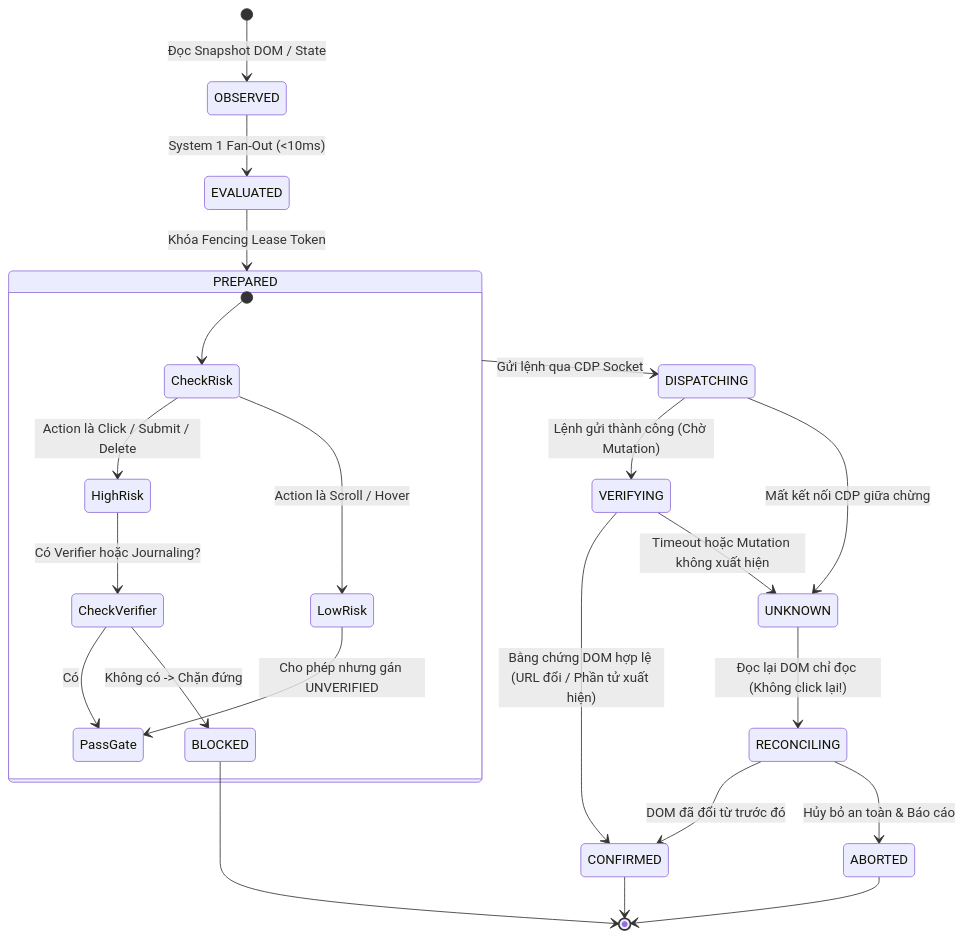
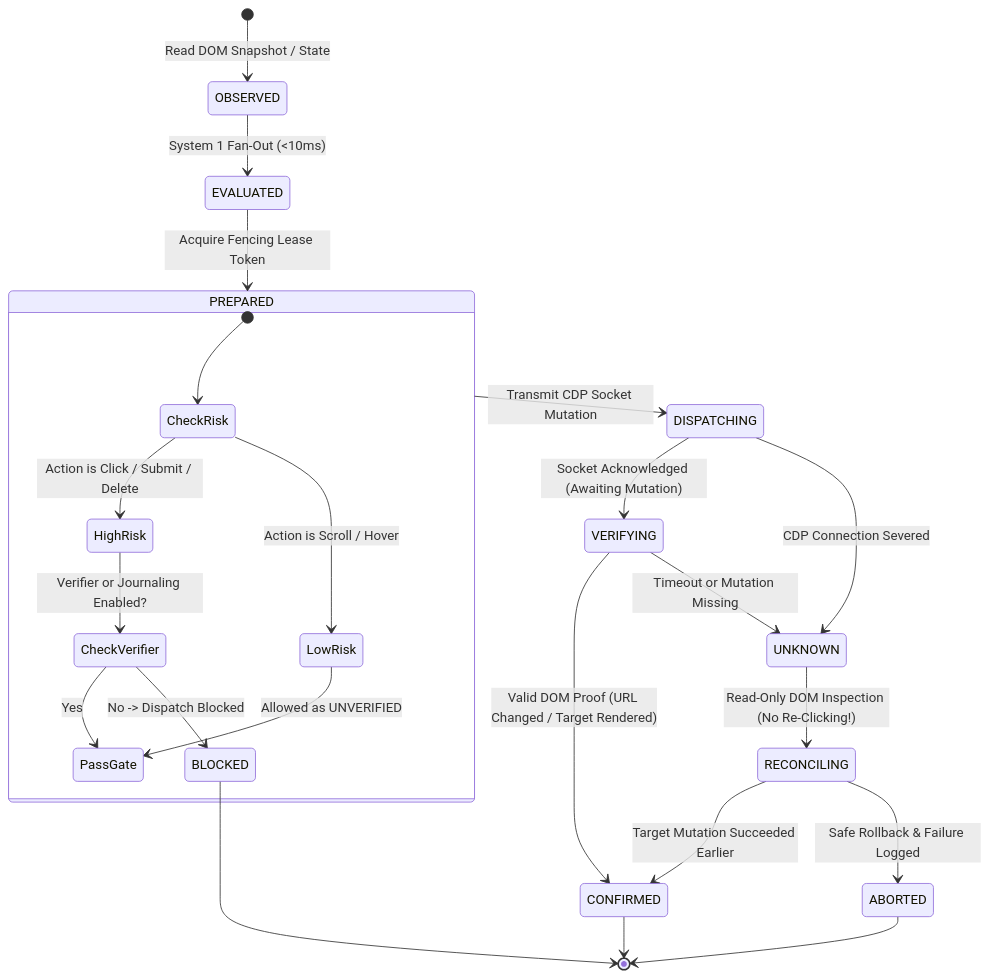
One commit to jangtrinh/design-os-system-one changed the second of 4 diagrams in docs/case-study.md. Above: the diagram before and after it, drawn with Mermaid. The commit also changed other lines of this file and 261 other files, not shown here.

````diff
--- a/docs/case-study.md
+++ b/docs/case-study.md
@@ -185,31 +183,31 @@
 ```mermaid
 stateDiagram-v2
-    [*] --> OBSERVED: Đọc Snapshot DOM / State
+    [*] --> OBSERVED: Read DOM Snapshot / State
     OBSERVED --> EVALUATED: System 1 Fan-Out (<10ms)
-    EVALUATED --> PREPARED: Khóa Fencing Lease Token
+    EVALUATED --> PREPARED: Acquire Fencing Lease Token
     
     state PREPARED {
         [*] --> CheckRisk
-        CheckRisk --> HighRisk: Action là Click / Submit / Delete
-        CheckRisk --> LowRisk: Action là Scroll / Hover
-        HighRisk --> CheckVerifier: Có Verifier hoặc Journaling?
-        CheckVerifier --> PassGate: Có
-        CheckVerifier --> BLOCKED: Không có -> Chặn đứng
-        LowRisk --> PassGate: Cho phép nhưng gán UNVERIFIED
+        CheckRisk --> HighRisk: Action is Click / Submit / Delete
+        CheckRisk --> LowRisk: Action is Scroll / Hover
+        HighRisk --> CheckVerifier: Verifier or Journaling Enabled?
+        CheckVerifier --> PassGate: Yes
+        CheckVerifier --> BLOCKED: No -> Dispatch Blocked
+        LowRisk --> PassGate: Allowed as UNVERIFIED
     }
 
-    PREPARED --> DISPATCHING: Gửi lệnh qua CDP Socket
-    DISPATCHING --> VERIFYING: Lệnh gửi thành công (Chờ Mutation)
+    PREPARED --> DISPATCHING: Transmit CDP Socket Mutation
+    DISPATCHING --> VERIFYING: Socket Acknowledged (Awaiting Mutation)
     
-    VERIFYING --> CONFIRMED: Bằng chứng DOM hợp lệ (URL đổi / Phần tử xuất hiện)
-    VERIFYING --> UNKNOWN: Timeout hoặc Mutation không xuất hiện
-    DISPATCHING --> UNKNOWN: Mất kết nối CDP giữa chừng
+    VERIFYING --> CONFIRMED: Valid DOM Proof (URL Changed / Target Rendered)
+    VERIFYING --> UNKNOWN: Timeout or Mutation Missing
+    DISPATCHING --> UNKNOWN: CDP Connection Severed
     
-    UNKNOWN --> RECONCILING: Đọc lại DOM chỉ đọc (Không click lại!)
-    RECONCILING --> CONFIRMED: DOM đã đổi từ trước đó
-    RECONCILING --> ABORTED: Hủy bỏ an toàn & Báo cáo
+    UNKNOWN --> RECONCILING: Read-Only DOM Inspection (No Re-Clicking!)
+    RECONCILING --> CONFIRMED: Target Mutation Succeeded Earlier
+    RECONCILING --> ABORTED: Safe Rollback & Failure Logged
     
     CONFIRMED --> [*]
     BLOCKED --> [*]
     ABORTED --> [*]
 ```
````
